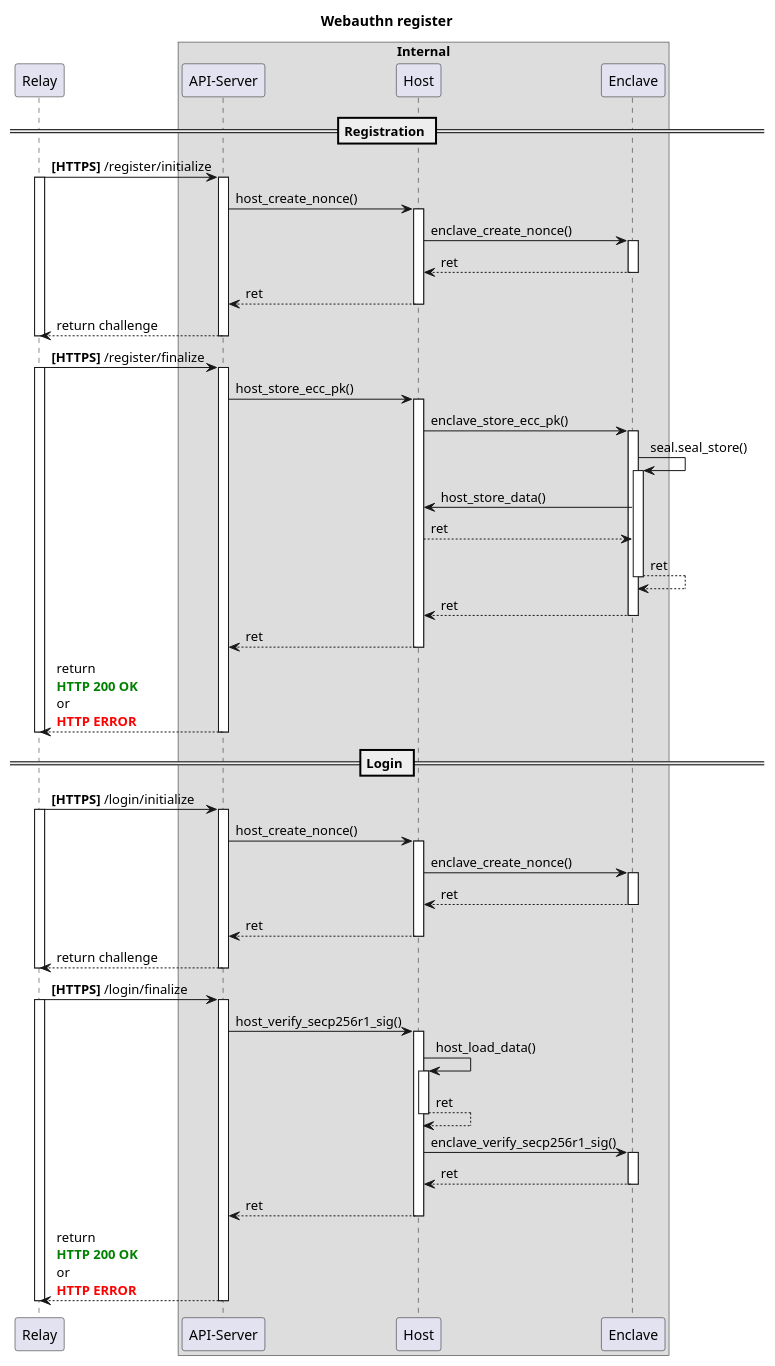
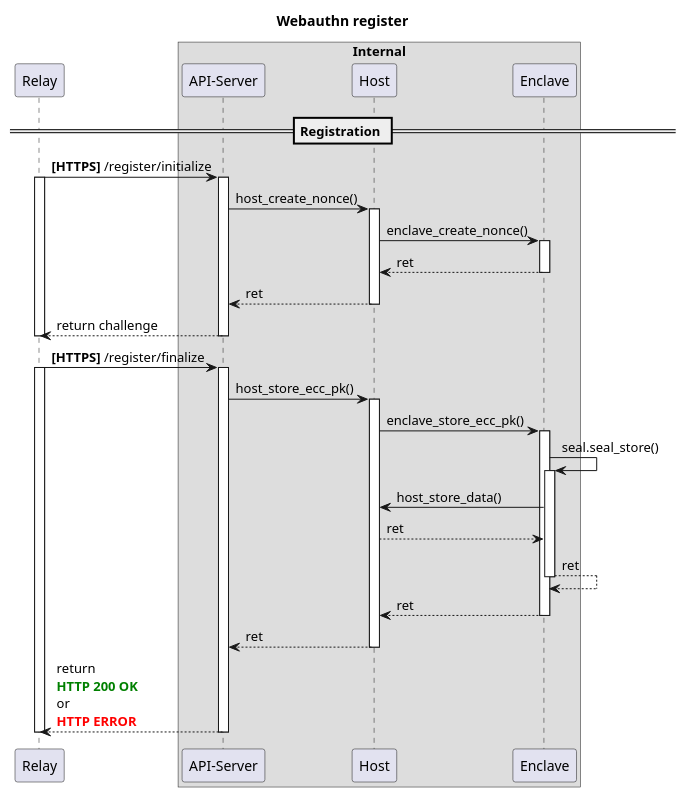
One commit to dennisfInf/qrmrepo changed the diagram in doc/puml/register.puml. Above: the diagram before and after it, drawn with PlantUML.

Commit message:
Remove login

```diff
--- a/doc/puml/register.puml
+++ b/doc/puml/register.puml
@@ -1,100 +1,55 @@
 @startuml register
 title Webauthn register
 participant Relay as relay
 box Internal
 participant "API-Server" as api
 participant Host as host 
 participant Enclave as enclave 
 end box
 
 ' Register
 == Registration == 
 ' Step 01
 relay -> api : **[HTTPS]** /register/initialize
 activate relay
 activate api
 
 api -> host : host_create_nonce()
 activate host 
 
 host -> enclave : enclave_create_nonce()
 activate enclave 
 enclave --> host : ret 
 deactivate enclave
 
 host --> api : ret 
 deactivate host 
 
 api --> relay : return challenge 
 deactivate api 
 deactivate relay
 
 ' Step 02
 relay -> api : **[HTTPS]** /register/finalize
 activate relay 
 activate api 
 
 api -> host : host_store_ecc_pk()
 activate host
 
 host -> enclave : enclave_store_ecc_pk()
 activate enclave
 enclave -> enclave : seal.seal_store()
 activate enclave
 enclave -> host : host_store_data()
 host --> enclave : ret 
 enclave --> enclave : ret 
 deactivate enclave 
 enclave --> host : ret 
 deactivate enclave 
 host --> api : ret 
 deactivate host 
 api --> relay : return \n<color green>**HTTP 200 OK**</color> \nor\n<color red>**HTTP ERROR**</color>
 deactivate api 
 deactivate relay
-
-' Login
-== Login ==
-' Step 01
-relay -> api : **[HTTPS]** /login/initialize
-activate relay
-activate api
-
-api -> host : host_create_nonce()
-activate host 
-
-host -> enclave : enclave_create_nonce()
-activate enclave 
-enclave --> host : ret 
-deactivate enclave
-
-host --> api : ret 
-deactivate host 
-
-api --> relay : return challenge 
-deactivate api 
-deactivate relay
-
-' Step 02
-relay -> api : **[HTTPS]** /login/finalize
-activate relay 
-activate api 
-
-api -> host : host_verify_secp256r1_sig()
-activate host 
-host -> host : host_load_data()
-activate host
-host --> host : ret
-deactivate host
-host -> enclave : enclave_verify_secp256r1_sig()
-activate enclave 
-enclave --> host : ret
-deactivate enclave 
-
-host --> api : ret 
-deactivate host
-
-api --> relay : return \n<color green>**HTTP 200 OK**</color> \nor\n<color red>**HTTP ERROR**</color>
-deactivate api
-deactivate relay 
 @enduml
```
